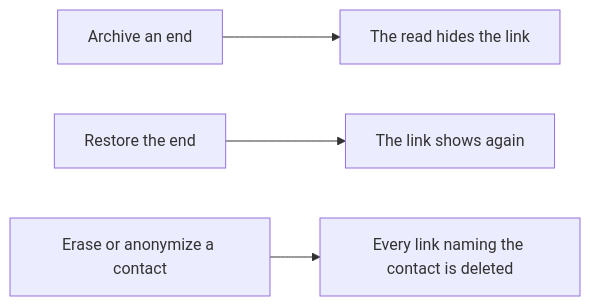
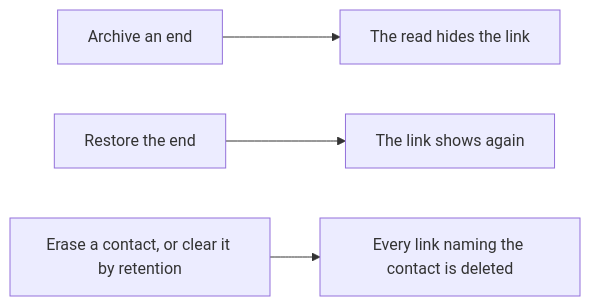
One commit to margince/margince changed the diagram in docs/reference/record-links.md. Above: the diagram before and after it, drawn with Mermaid. The commit also changed other lines of this file and 3 other files, not shown here.

````diff
--- a/docs/reference/record-links.md
+++ b/docs/reference/record-links.md
@@ -65,6 +65,6 @@
 ```mermaid
 flowchart LR
     A[Archive an end] --> H[The read hides the link]
     U[Restore the end] --> S[The link shows again]
-    E[Erase or anonymize a contact] --> D[Every link naming the contact is deleted]
+    E[Erase a contact, or clear it by retention] --> D[Every link naming the contact is deleted]
 ```
````
